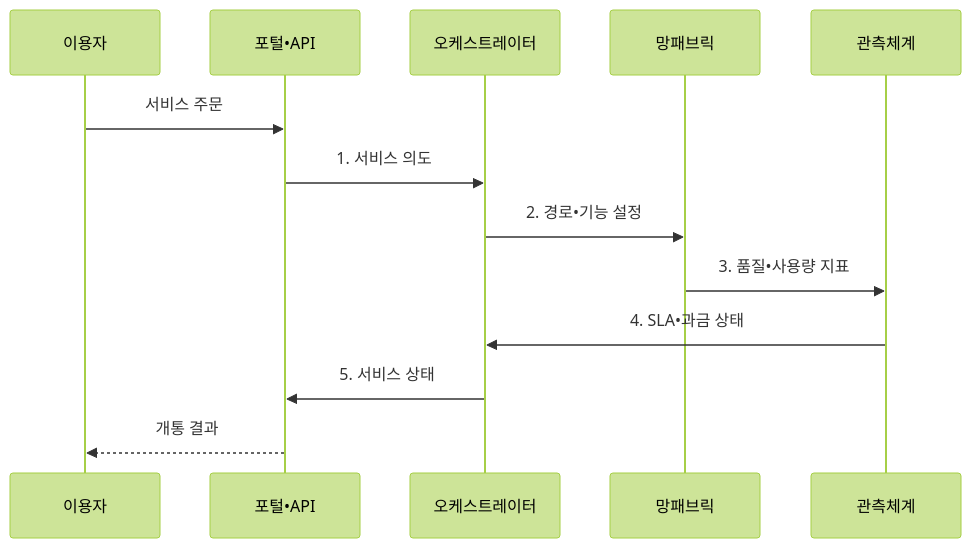
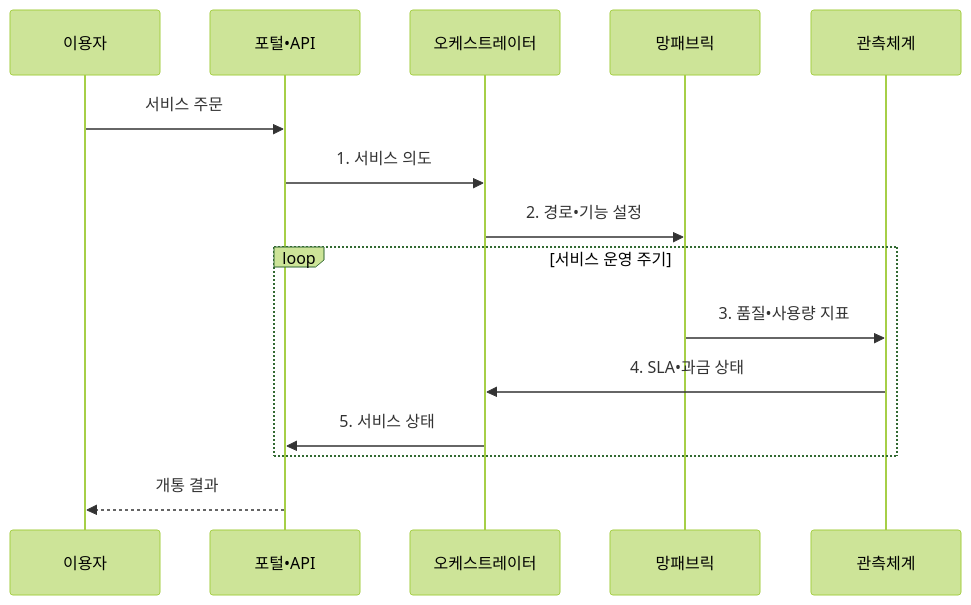
Before and after one commit to agnusdei1207/knowledge-base: the second of 2 diagrams in src/content/docs/notes/04-network/060_network_as_a_service.md, drawn with Mermaid (forest theme). The commit also changed other lines of this file and 7 other files, not shown here.

````diff
--- a/src/content/docs/notes/04-network/060_network_as_a_service.md
+++ b/src/content/docs/notes/04-network/060_network_as_a_service.md
@@ -105,15 +105,17 @@
 ```mermaid
 sequenceDiagram
     participant 이용자
     participant 포털•API
     participant 오케스트레이터
     participant 망패브릭
     participant 관측체계
     이용자->>포털•API: 서비스 주문
     포털•API->>오케스트레이터: 1. 서비스 의도
     오케스트레이터->>망패브릭: 2. 경로•기능 설정
-    망패브릭->>관측체계: 3. 품질•사용량 지표
-    관측체계->>오케스트레이터: 4. SLA•과금 상태
-    오케스트레이터->>포털•API: 5. 서비스 상태
+    loop 서비스 운영 주기
+        망패브릭->>관측체계: 3. 품질•사용량 지표
+        관측체계->>오케스트레이터: 4. SLA•과금 상태
+        오케스트레이터->>포털•API: 5. 서비스 상태
+    end
     포털•API-->>이용자: 개통 결과
 ```
````
